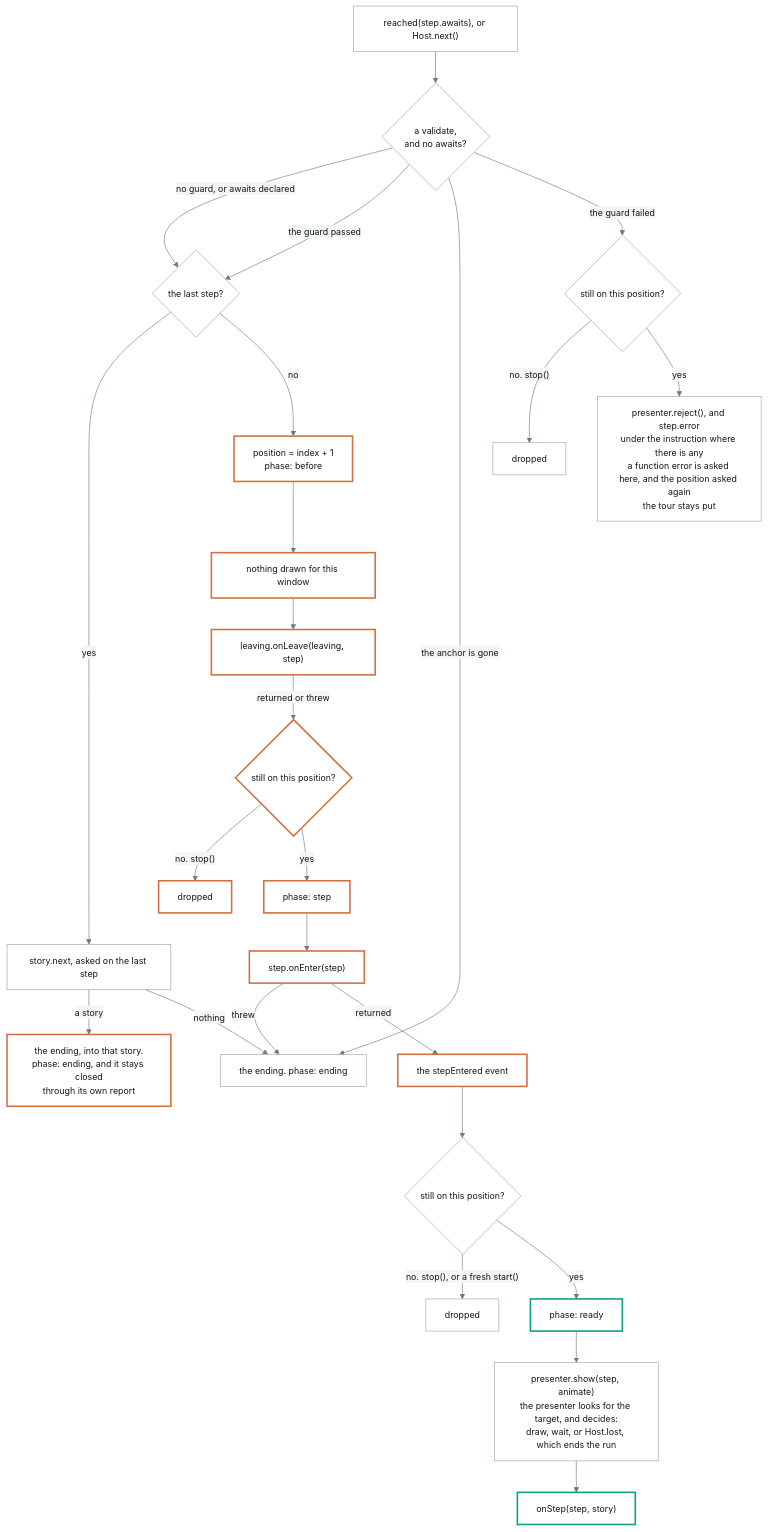
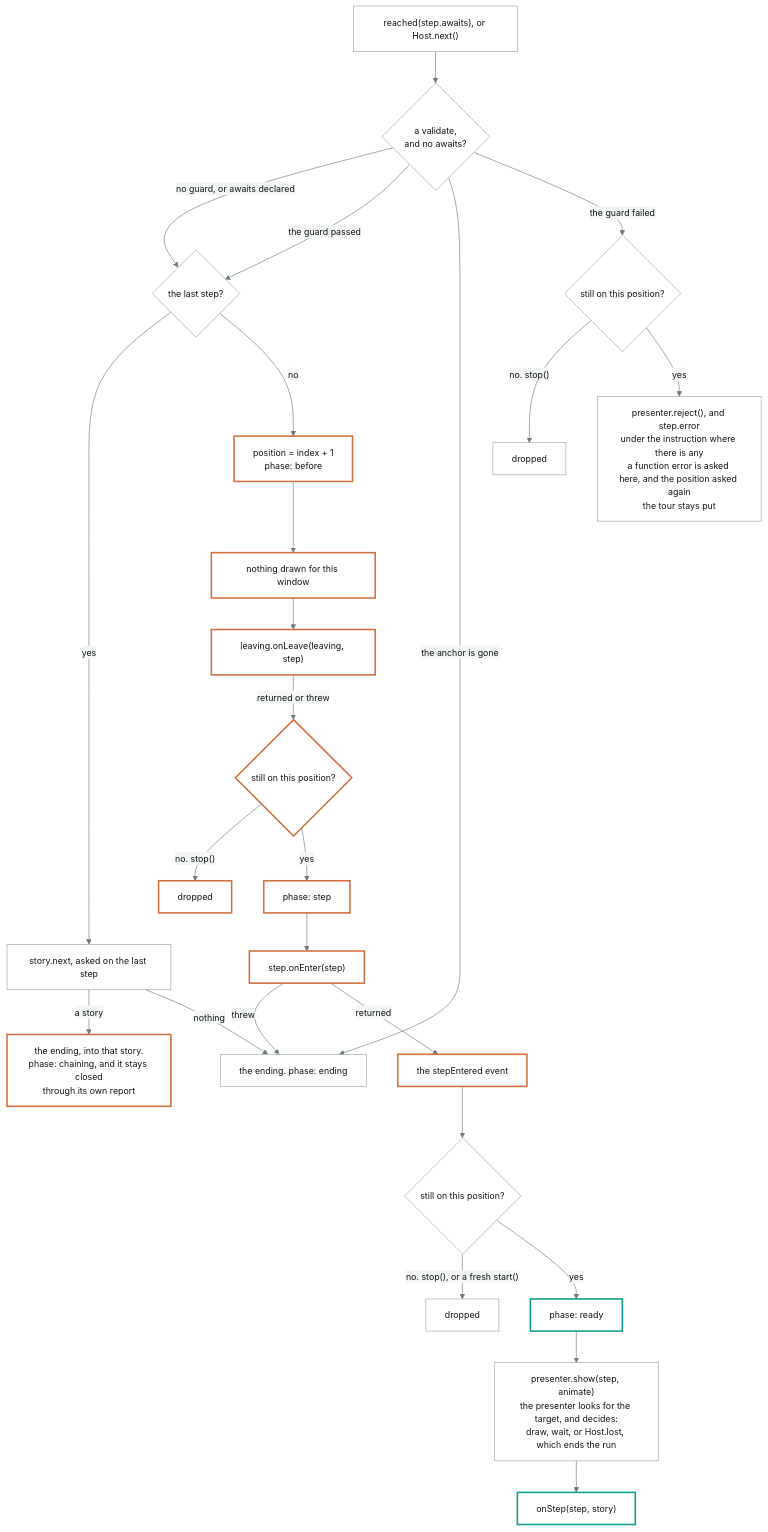
Before and after one commit to annetaan/leko: the second of 2 diagrams in packages/machine/model/phases.md, drawn with Mermaid. The commit also changed other lines of this file and 31 other files, not shown here.

````diff
--- a/packages/machine/model/phases.md
+++ b/packages/machine/model/phases.md
@@ -132,33 +136,33 @@
 ```mermaid
 %%{init: {'theme':'base','themeVariables':{'background':'#F4F6F6','primaryColor':'#FFFFFF','primaryTextColor':'#12171A','primaryBorderColor':'#9AA6A9','lineColor':'#6D7B80','textColor':'#12171A','edgeLabelBackground':'#F4F6F6','tertiaryColor':'#E9EDED','tertiaryTextColor':'#12171A','fontSize':'14px'}}}%%
 flowchart TD
   A["reached(step.awaits), or Host.next()"] --> V{"a validate,<br>and no awaits?"}
   V -- "no guard, or awaits declared" --> B{"the last step?"}
   V -- "the guard passed" --> B
   V -- "the anchor is gone" --> Z["the ending. phase: ending"]
   V -- "the guard failed" --> R{"still on this position?"}
   R -- "no. stop()" --> W2["dropped"]
   R -- "yes" --> S["presenter.reject(), and step.error<br>under the instruction where there is any<br>a function error is asked here, and the position asked again<br>the tour stays put"]
   B -- "yes" --> N["story.next, asked on the last step"]
-  N -- "a story" --> Y["the ending, into that story.<br>phase: ending, and it stays closed<br>through its own report"]
+  N -- "a story" --> Y["the ending, into that story.<br>phase: chaining, and it stays closed<br>through its own report"]
   N -- "nothing" --> Z
   B -- "no" --> C["position = index + 1<br>phase: before"]
   C --> D["nothing drawn for this window"]
   D --> E["leaving.onLeave(leaving, step)"]
   E -- "returned or threw" --> G{"still on this position?"}
   G -- "no. stop()" --> W["dropped"]
   G -- "yes" --> K["phase: step"]
   K --> F["step.onEnter(step)"]
   F -- "threw" --> Z
   F -- "returned" --> H["the stepEntered event"]
   H --> I{"still on this position?"}
   I -- "no. stop(), or a fresh start()" --> X["dropped"]
   I -- "yes" --> J["phase: ready"]
   J --> M["presenter.show(step, animate)<br>the presenter looks for the target, and decides:<br>draw, wait, or Host.lost, which ends the run"]
   M --> P["onStep(step, story)"]
 
   classDef open stroke:#0E9E86,stroke-width:2.5px
   classDef shut stroke:#D2703F,stroke-width:2.5px
   class C,D,E,G,W,K,F,H,Y shut
   class J,P open
 ```
````
